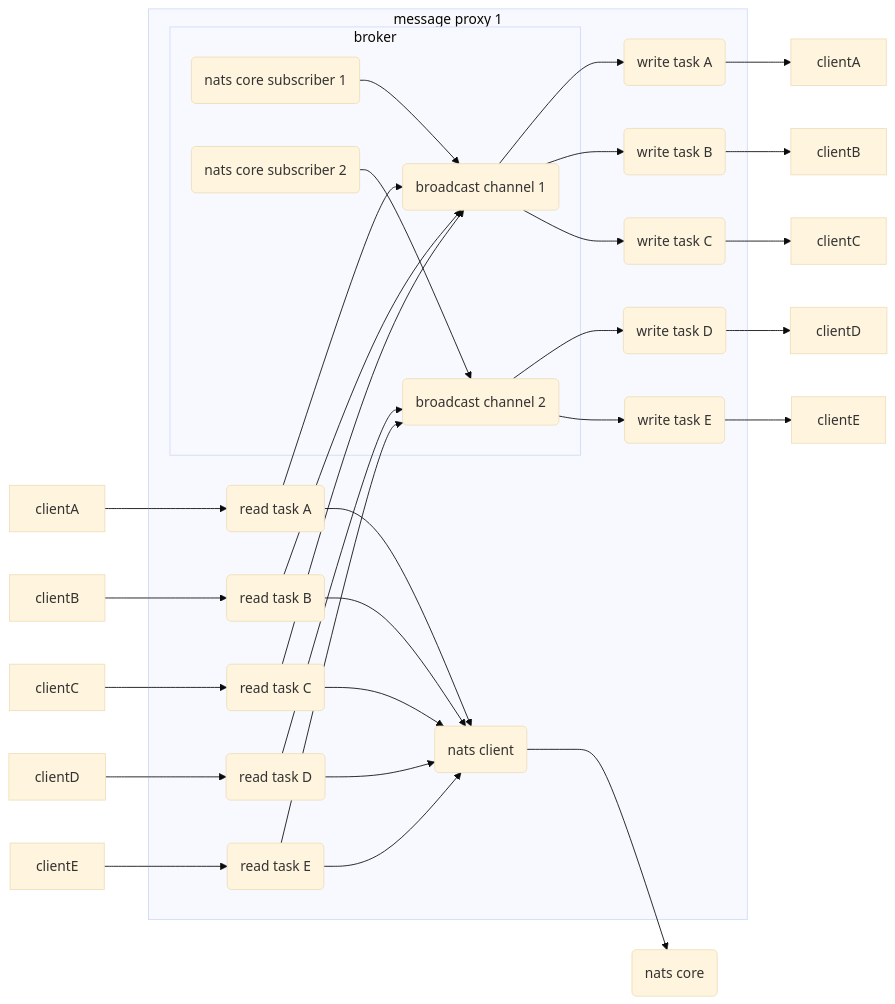
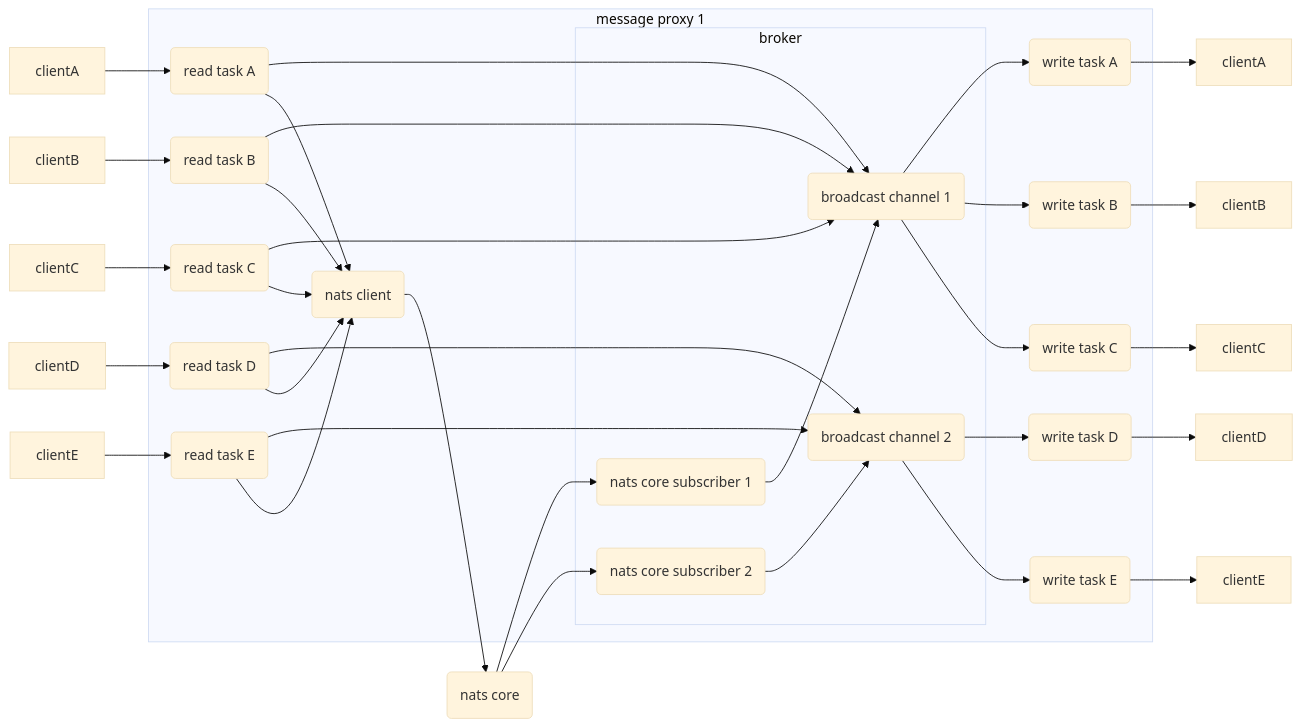
The diagram in diagrams/message_proxy/broadcast_mechanism_multi_client.mmd (townsag/reed), drawn with Mermaid (base theme) before and after one commit.

Commit message:
diagrams quick fix (#57)

```diff
--- a/diagrams/message_proxy/broadcast_mechanism_multi_client.mmd
+++ b/diagrams/message_proxy/broadcast_mechanism_multi_client.mmd
@@ -1,73 +1,75 @@
 flowchart LR
     clientAS[clientA]
     clientBS[clientB]
     clientCS[clientC]
     clientDS[clientD]
     clientES[clientE]
 
     clientAR[clientA]
     clientBR[clientB]
     clientCR[clientC]
     clientDR[clientD]
     clientER[clientE]
 
     nats_core(nats core)
 
     subgraph message proxy 1
         read_taskA(read task A)
         read_taskB(read task B)
         read_taskC(read task C)
         read_taskD(read task D)
         read_taskE(read task E)
 
         write_taskA(write task A)
         write_taskB(write task B)
         write_taskC(write task C)
         write_taskD(write task D)
         write_taskE(write task E)
 
         nats_client(nats client)
 
         subgraph broker
             bc1(broadcast channel 1)
             bc2(broadcast channel 2)
 
             sub1(nats core subscriber 1)
             sub2(nats core subscriber 2)
         end
     end
 
     
     clientAS --> read_taskA
     write_taskA --> clientAR
     clientBS --> read_taskB
     write_taskB --> clientBR
     clientCS --> read_taskC
     write_taskC --> clientCR
     clientDS --> read_taskD
     write_taskD --> clientDR
     clientES --> read_taskE
     write_taskE --> clientER
 
     read_taskA --> bc1
     read_taskB --> bc1
     read_taskC --> bc1
     read_taskD --> bc2
     read_taskE --> bc2
 
     read_taskA --> nats_client
     read_taskB --> nats_client
     read_taskC --> nats_client
     read_taskD --> nats_client
     read_taskE --> nats_client
 
     nats_client --> nats_core
+    nats_core --> sub1
+    nats_core --> sub2
 
     bc1 --> write_taskA
     bc1 --> write_taskB
     bc1 --> write_taskC
     bc2 --> write_taskD
     bc2 --> write_taskE
 
     sub1 --> bc1
     sub2 --> bc2
```
